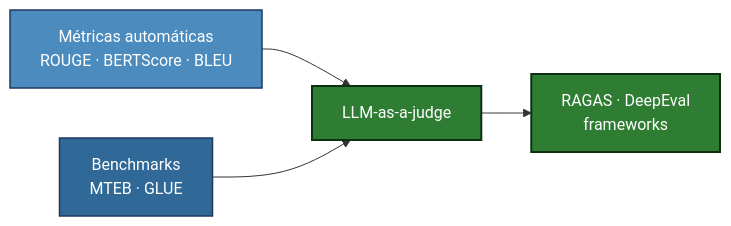
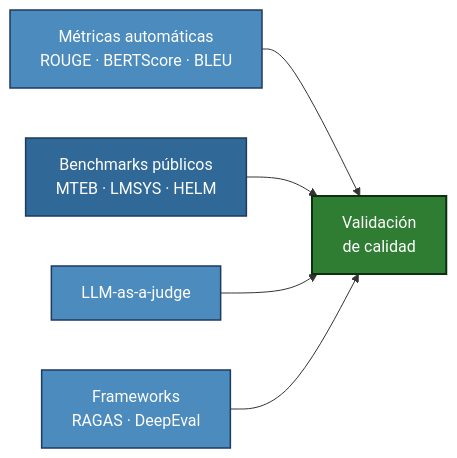
One commit to Adamychen/m10_quarto changed the first of 6 diagrams in bloque4/04-gobernanza.qmd. Above: the diagram before and after it, drawn with Mermaid. The commit also changed other lines of this file and 74 other files, not shown here.

````diff
--- a/bloque4/04-gobernanza.qmd
+++ b/bloque4/04-gobernanza.qmd
@@ -20,15 +17,17 @@
 ```{mermaid}
 flowchart LR
     classDef metric fill:#4B8BBE,stroke:#1e3a5f,color:#fff,stroke-width:1.5px
-    classDef bench fill:#306998,stroke:#1e3a5f,color:#fff,stroke-width:1.5px
-    classDef out fill:#2e7d32,stroke:#0d3010,color:#fff,stroke-width:2px
+    classDef bench  fill:#306998,stroke:#1e3a5f,color:#fff,stroke-width:1.5px
+    classDef out    fill:#2e7d32,stroke:#0d3010,color:#fff,stroke-width:2px
 
     A["Métricas automáticas<br/>ROUGE · BERTScore · BLEU"]:::metric
-    B["Benchmarks<br/>MTEB · GLUE"]:::bench
-    C["LLM-as-a-judge"]:::out
-    D["RAGAS · DeepEval<br/>frameworks"]:::out
+    B["Benchmarks públicos<br/>MTEB · LMSYS · HELM"]:::bench
+    C["LLM-as-a-judge"]:::metric
+    D["Frameworks<br/>RAGAS · DeepEval"]:::metric
+    E["Validación<br/>de calidad"]:::out
 
-    A --> C
-    B --> C
-    C --> D
+    A --> E
+    B --> E
+    C --> E
+    D --> E
 ```
````
